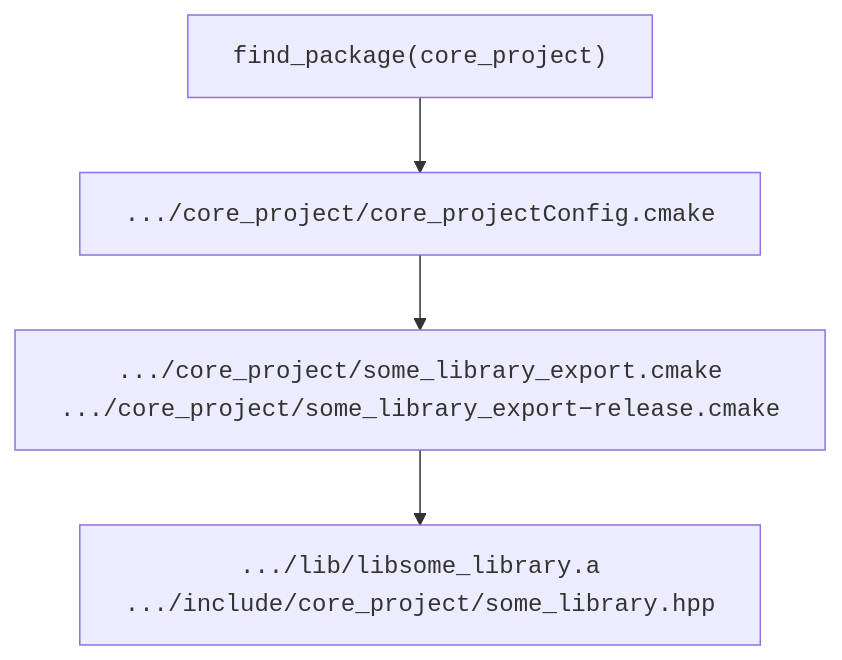
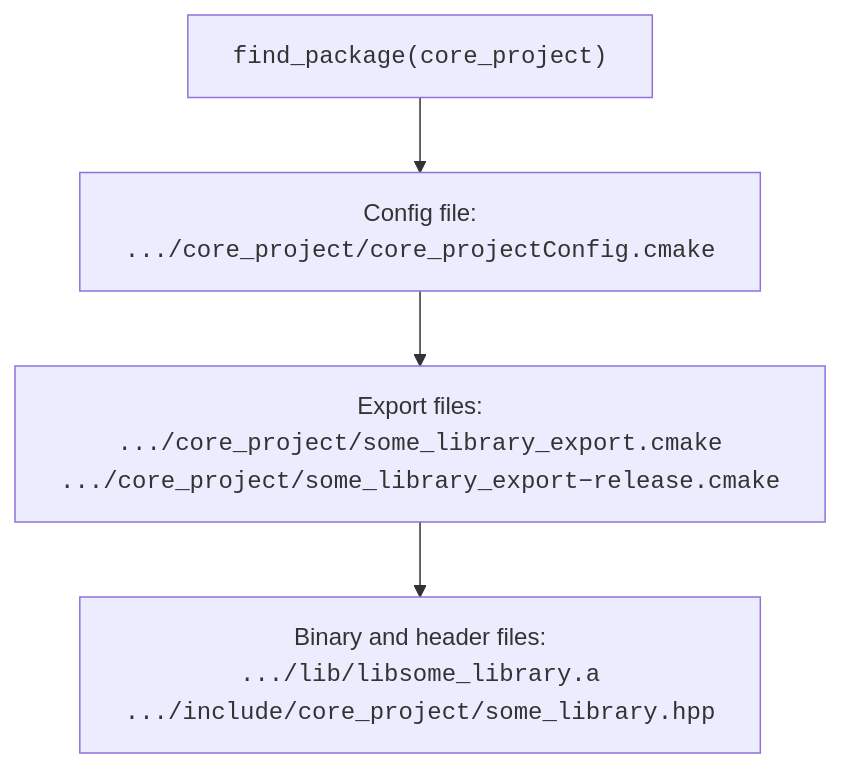
Before and after one commit to cpp-for-yourself/lectures-and-homeworks: the diagram in lectures/cmake_install.md, drawn with Mermaid. The commit also changed other lines of this file, not shown here.

Commit message:
Make all code compile

````diff
--- a/lectures/cmake_install.md
+++ b/lectures/cmake_install.md
@@ -182,5 +226,5 @@
 ```mermaid
 graph TD
-  find[<code>find_package#40;core_project#41;</code>] --> configs[<code>.../core_project/core_projectConfig.cmake</code>] --> export[<code>.../core_project/some_library_export.cmake</code><br><code>.../core_project/some_library_export#8722;release.cmake</code>] --> headers[<code>.../lib/libsome_library.a</code><br><code>.../include/core_project/some_library.hpp</code>]
+  find[<code>find_package#40;core_project#41;</code>] --> configs[Config file:<br><code>.../core_project/core_projectConfig.cmake</code>] --> export[Export files:<br><code>.../core_project/some_library_export.cmake</code><br><code>.../core_project/some_library_export#8722;release.cmake</code>] --> headers[Binary and header files:<br><code>.../lib/libsome_library.a</code><br><code>.../include/core_project/some_library.hpp</code>]
 
 ```
````
